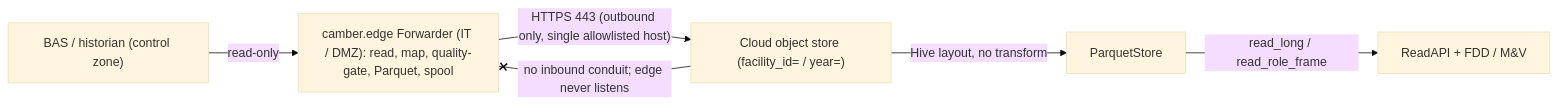
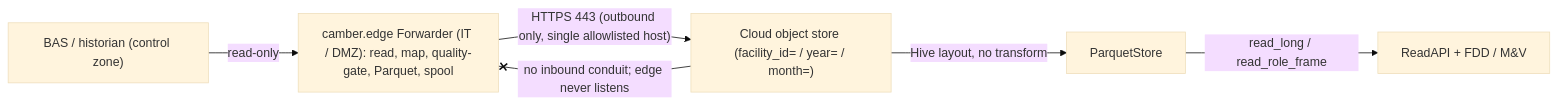
The diagram in docs/EDGE-DEPLOY.md (yroussev/camber), drawn with Mermaid (base theme) before and after one commit. The commit also changed other lines of this file and 7 other files, not shown here.

First line of the commit message:
edge: forward year=/month= keys; land, reconcile and release read both layouts

````diff
--- a/docs/EDGE-DEPLOY.md
+++ b/docs/EDGE-DEPLOY.md
@@ -27,8 +27,8 @@
 ```mermaid
 flowchart LR
   bas["BAS / historian (control zone)"] -- "read-only" --> edge["camber.edge Forwarder (IT / DMZ): read, map, quality-gate, Parquet, spool"]
-  edge -- "HTTPS 443 (outbound only, single allowlisted host)" --> obj["Cloud object store (facility_id= / year=)"]
+  edge -- "HTTPS 443 (outbound only, single allowlisted host)" --> obj["Cloud object store (facility_id= / year= / month=)"]
   obj -- "Hive layout, no transform" --> ps["ParquetStore"]
   ps -- "read_long / read_role_frame" --> api["ReadAPI + FDD / M&V"]
   obj -- "no inbound conduit; edge never listens" --x edge
 ```
````
